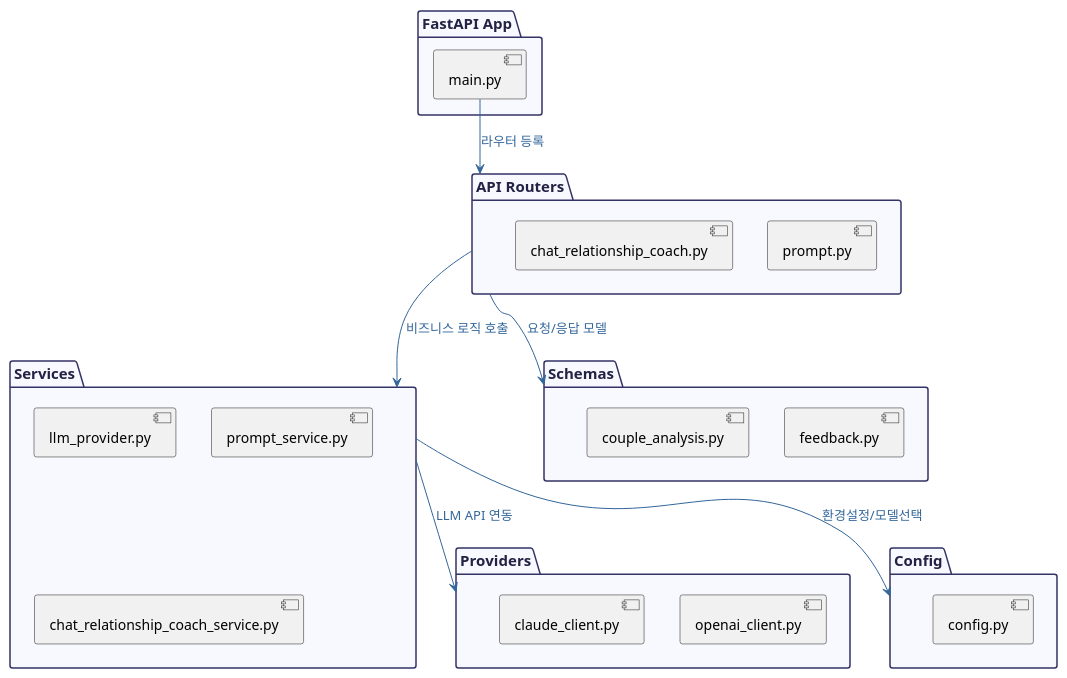
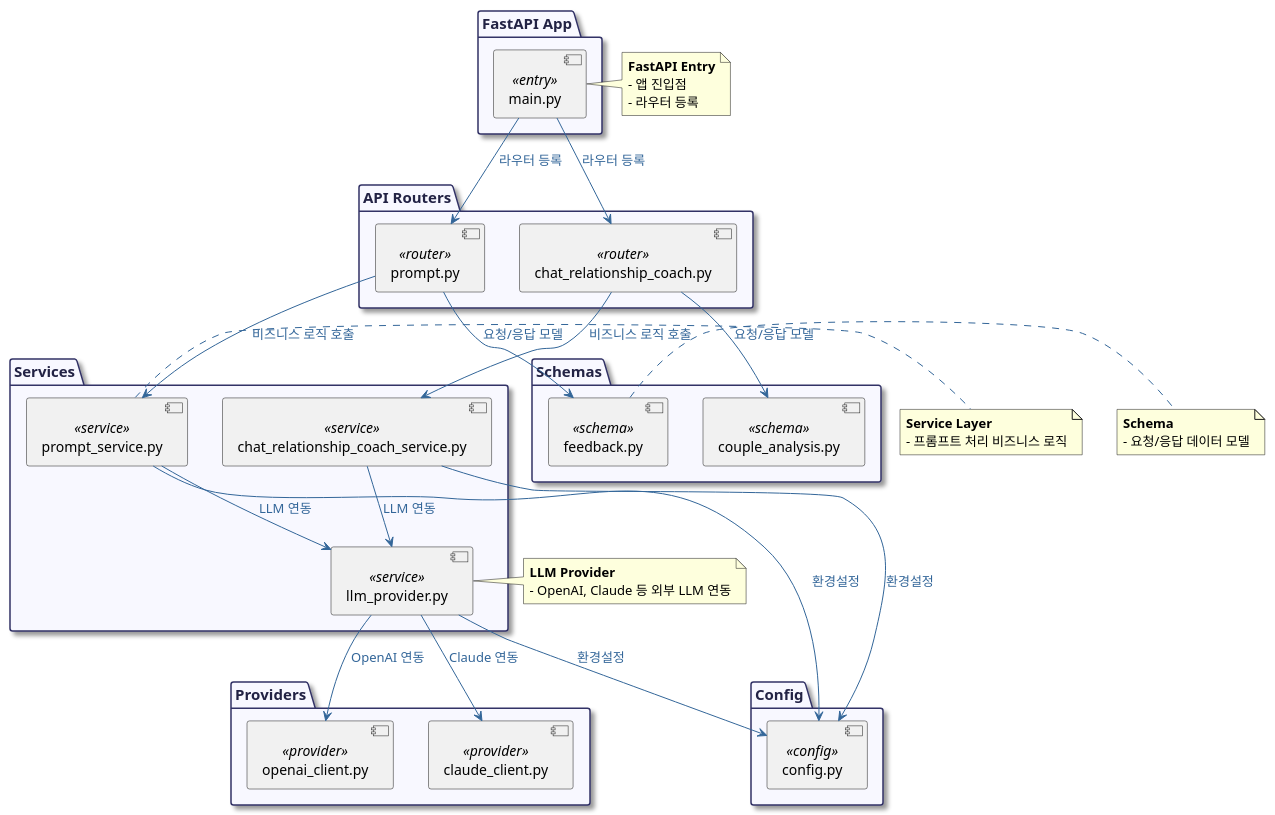
The diagram in backend/llm/puml/architecture.puml (aw-birdgang/saiondo), drawn with PlantUML before and after one commit. The commit also changed 11 other files, not shown here.

```diff
--- a/backend/llm/puml/architecture.puml
+++ b/backend/llm/puml/architecture.puml
@@ -1,54 +1,97 @@
 @startuml
 ' 스타일
 skinparam package {
   BackgroundColor #F8F8FF
   BorderColor #333366
   FontColor #222244
   FontSize 15
+  Shadowing true
 }
 skinparam rectangle {
   BackgroundColor #F0F8FF
   BorderColor #333366
   FontColor #222244
+  Shadowing true
 }
 skinparam ArrowColor #336699
 skinparam ArrowFontColor #336699
 skinparam ArrowFontSize 13
 
-' 주요 패키지
+' FastAPI 엔트리포인트
 package "FastAPI App" {
-  [main.py]
+  [main.py] <<entry>>
 }
 
+' API 라우터 계층
 package "API Routers" {
-  [prompt.py]
-  [chat_relationship_coach.py]
+  [prompt.py] <<router>>
+  [chat_relationship_coach.py] <<router>>
 }
 
+' 서비스 계층
 package "Services" {
-  [llm_provider.py]
-  [prompt_service.py]
-  [chat_relationship_coach_service.py]
+  [llm_provider.py] <<service>>
+  [prompt_service.py] <<service>>
+  [chat_relationship_coach_service.py] <<service>>
 }
 
+' LLM Provider 계층
 package "Providers" {
-  [openai_client.py]
-  [claude_client.py]
+  [openai_client.py] <<provider>>
+  [claude_client.py] <<provider>>
 }
 
+' 데이터 모델/스키마
 package "Schemas" {
-  [feedback.py]
-  [couple_analysis.py]
+  [feedback.py] <<schema>>
+  [couple_analysis.py] <<schema>>
 }
 
+' 환경설정
 package "Config" {
-  [config.py]
+  [config.py] <<config>>
 }
 
 ' 관계 및 설명
-[main.py] --> [API Routers] : "라우터 등록"
-[API Routers] --> [Services] : "비즈니스 로직 호출"
-[Services] --> [Providers] : "LLM API 연동"
-[API Routers] --> [Schemas] : "요청/응답 모델"
-[Services] --> [Config] : "환경설정/모델선택"
+[main.py] --> [prompt.py] : "라우터 등록"
+[main.py] --> [chat_relationship_coach.py] : "라우터 등록"
+
+[prompt.py] --> [prompt_service.py] : "비즈니스 로직 호출"
+[chat_relationship_coach.py] --> [chat_relationship_coach_service.py] : "비즈니스 로직 호출"
+
+[prompt_service.py] --> [llm_provider.py] : "LLM 연동"
+[chat_relationship_coach_service.py] --> [llm_provider.py] : "LLM 연동"
+
+[llm_provider.py] --> [openai_client.py] : "OpenAI 연동"
+[llm_provider.py] --> [claude_client.py] : "Claude 연동"
+
+[prompt.py] --> [feedback.py] : "요청/응답 모델"
+[chat_relationship_coach.py] --> [couple_analysis.py] : "요청/응답 모델"
+
+[llm_provider.py] --> [config.py] : "환경설정"
+[prompt_service.py] --> [config.py] : "환경설정"
+[chat_relationship_coach_service.py] --> [config.py] : "환경설정"
+
+' 설명 주석
+note right of [main.py]
+  <b>FastAPI Entry</b>
+  - 앱 진입점
+  - 라우터 등록
+end note
+
+note right of [llm_provider.py]
+  <b>LLM Provider</b>
+  - OpenAI, Claude 등 외부 LLM 연동
+end note
+
+note right of [prompt_service.py]
+  <b>Service Layer</b>
+  - 프롬프트 처리 비즈니스 로직
+end note
+
+note right of [feedback.py]
+  <b>Schema</b>
+  - 요청/응답 데이터 모델
+end note
+
 @enduml
```
